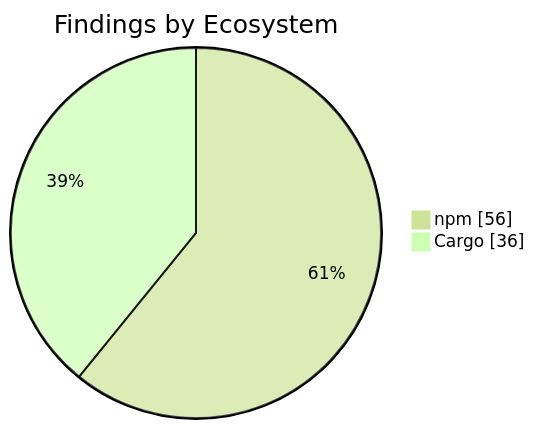
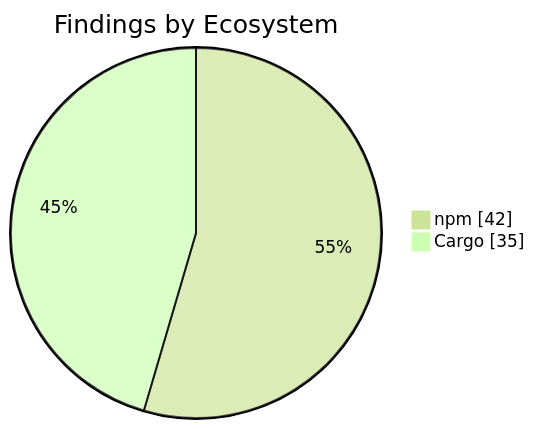
The second of 2 diagrams in apps/kbve/astro-kbve/src/content/docs/dashboard/security.mdx (KBVE/kbve), drawn with Mermaid (forest theme) before and after one commit. The commit also changed other lines of this file and 8 other files, not shown here.

````diff
--- a/apps/kbve/astro-kbve/src/content/docs/dashboard/security.mdx
+++ b/apps/kbve/astro-kbve/src/content/docs/dashboard/security.mdx
@@ -73,6 +73,6 @@
 ```mermaid
 pie showData
     title Findings by Ecosystem
-    "npm" : 56
-    "Cargo" : 36
+    "npm" : 42
+    "Cargo" : 35
 ```
````
